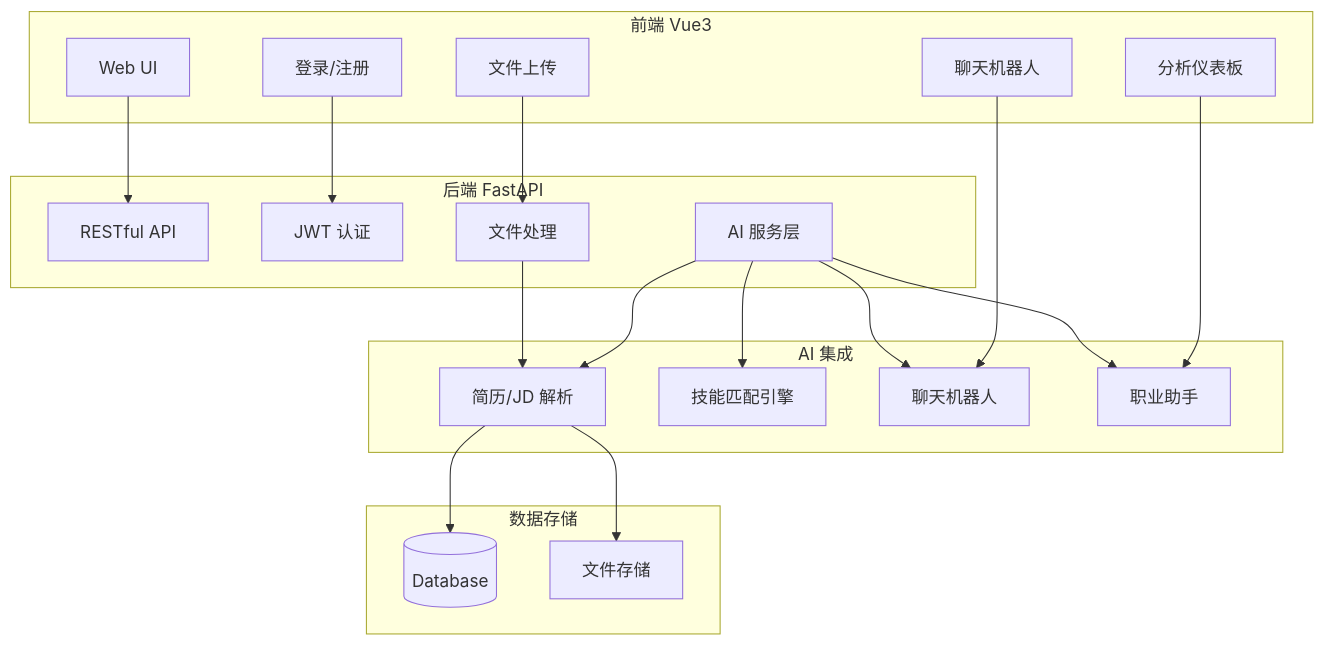
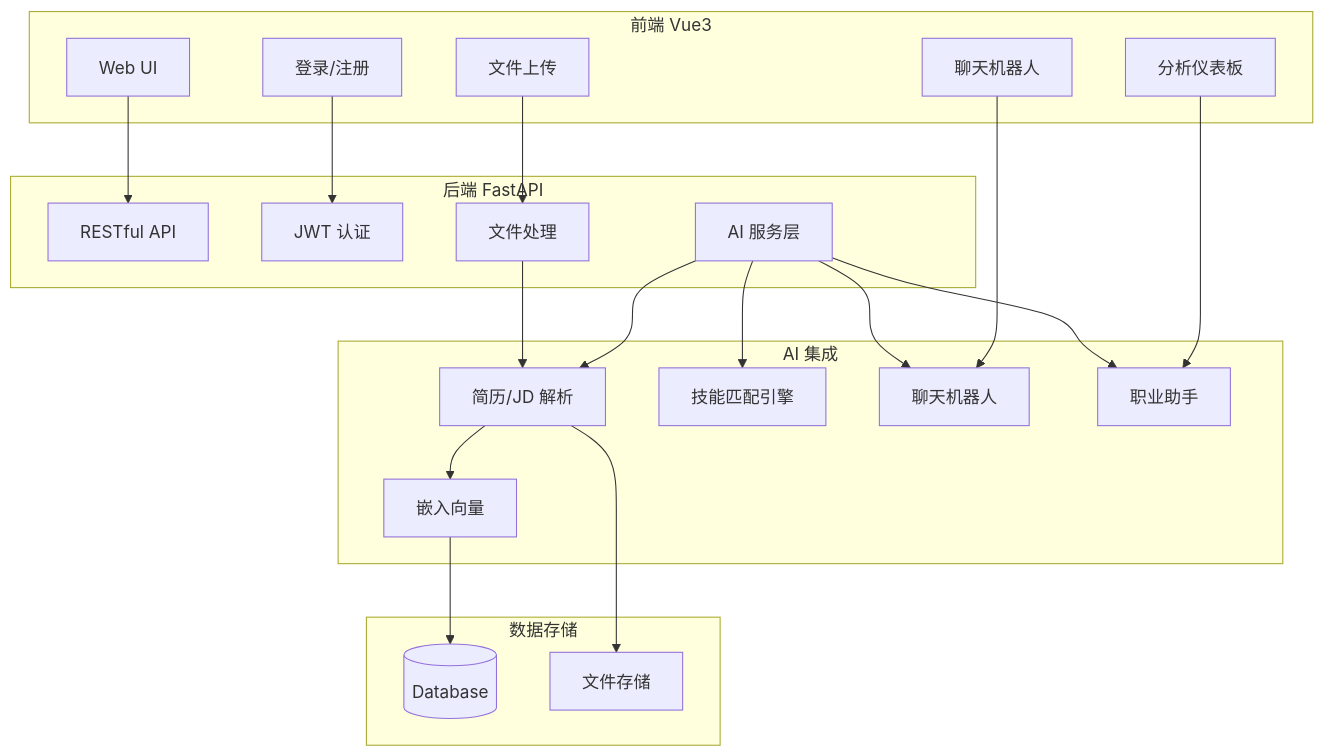
One commit to mateng1210/seeker changed the diagram in README.md. Above: the diagram before and after it, drawn with Mermaid. The commit also changed other lines of this file and 5 other files, not shown here.

````diff
--- a/README.md
+++ b/README.md
@@ -3,42 +3,44 @@
 ```mermaid
 flowchart TB
     subgraph Frontend [前端 Vue3]
         WebUI[Web UI]
         Auth[登录/注册]
         Upload[文件上传]
         ChatUI[聊天机器人]
         Dashboard[分析仪表板]
     end
 
     subgraph Backend [后端 FastAPI]
         API[RESTful API]
         JWT[JWT 认证]
         FileHandler[文件处理]
         AIService[AI 服务层]
     end
 
     subgraph AI [AI 集成]
         Parser[简历/JD 解析]
+        Embedding[嵌入向量]
         Matcher[技能匹配引擎]
         ChatBot[聊天机器人]
         Career[职业助手]
     end
 
     subgraph Storage [数据存储]
         PostgresSql[(Database)]
         Files[文件存储]
     end
 
     WebUI --> API
     Auth --> JWT
     Upload --> FileHandler
     FileHandler --> Parser
-    Parser --> PostgresSql
+    Parser --> Embedding
+    Embedding --> PostgresSql
     Parser --> Files
     AIService --> Parser
     AIService --> Matcher
     AIService --> Career
     AIService --> ChatBot
     ChatUI --> ChatBot
     Dashboard --> Career
 ```
````
